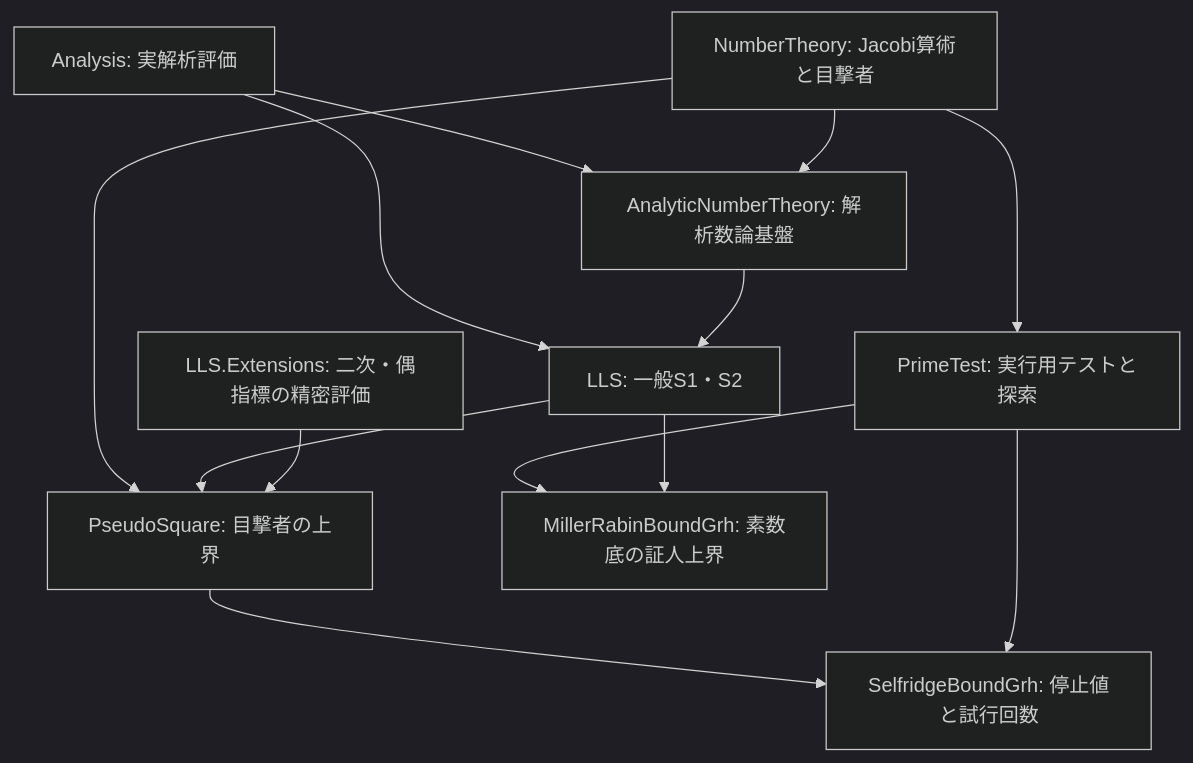
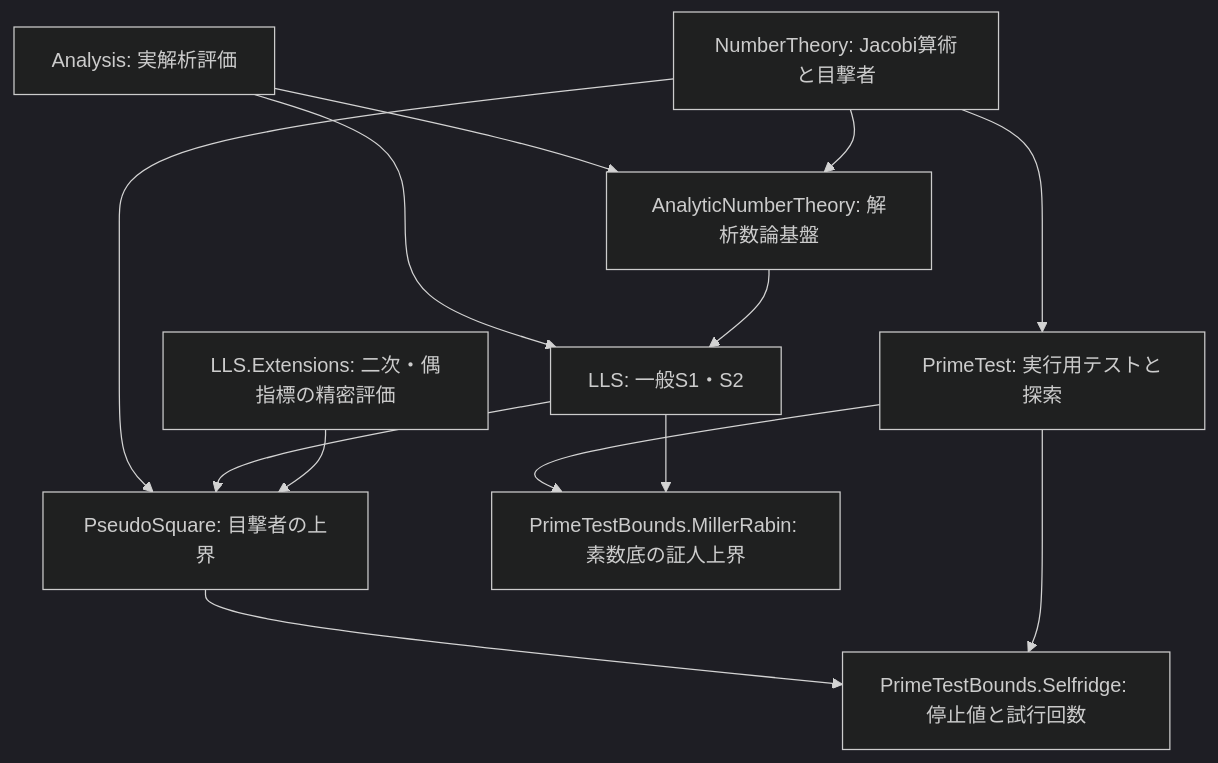
One commit to mizar/PseudoPrimeLean changed the diagram in doc/README.md. Above: the diagram before and after it, drawn with Mermaid (dark theme). The commit also changed other lines of this file and 106 other files, not shown here.

````diff
--- a/doc/README.md
+++ b/doc/README.md
@@ -23,15 +23,15 @@
 ```mermaid
 flowchart TD
   A[Analysis: 実解析評価] --> ANT[AnalyticNumberTheory: 解析数論基盤]
   A --> LLS[LLS: 一般S1・S2]
   NT[NumberTheory: Jacobi算術と目撃者] --> ANT
   ANT --> LLS
   NT --> PS[PseudoSquare: 目撃者の上界]
   LLS --> PS
   EXT[LLS.Extensions: 二次・偶指標の精密評価] --> PS
   NT --> PT[PrimeTest: 実行用テストと探索]
-  PS --> SB[SelfridgeBoundGrh: 停止値と試行回数]
+  PS --> SB[PrimeTestBounds.Selfridge: 停止値と試行回数]
   PT --> SB
-  PT --> MR[MillerRabinBoundGrh: 素数底の証人上界]
+  PT --> MR[PrimeTestBounds.MillerRabin: 素数底の証人上界]
   LLS --> MR
 ```
````
